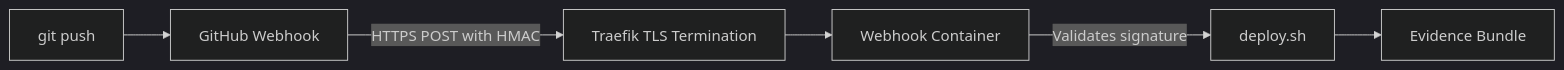
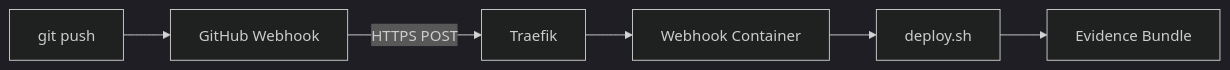
One commit to peermesh/docker-lab-docs changed the fourth of 4 diagrams in docs/deployment.md. Above: the diagram before and after it, drawn with Mermaid (dark theme). The commit also changed other lines of this file and 13 other files, not shown here.

First line of the commit message:
fix: improve diagram legibility and icon rendering

````diff
--- a/docs/deployment.md
+++ b/docs/deployment.md
@@ -610,15 +610,15 @@
 ```mermaid
 flowchart LR
     Push["git push"]
     GitHub["GitHub Webhook"]
-    Traefik["Traefik TLS Termination"]
+    Traefik["Traefik"]
     Webhook["Webhook Container"]
     Deploy["deploy.sh"]
     Evidence["Evidence Bundle"]
 
     Push --> GitHub
-    GitHub -->|"HTTPS POST with HMAC"| Traefik
+    GitHub -->|"HTTPS POST"| Traefik
     Traefik --> Webhook
-    Webhook -->|"Validates signature"| Deploy
+    Webhook --> Deploy
     Deploy --> Evidence
 ```
````
